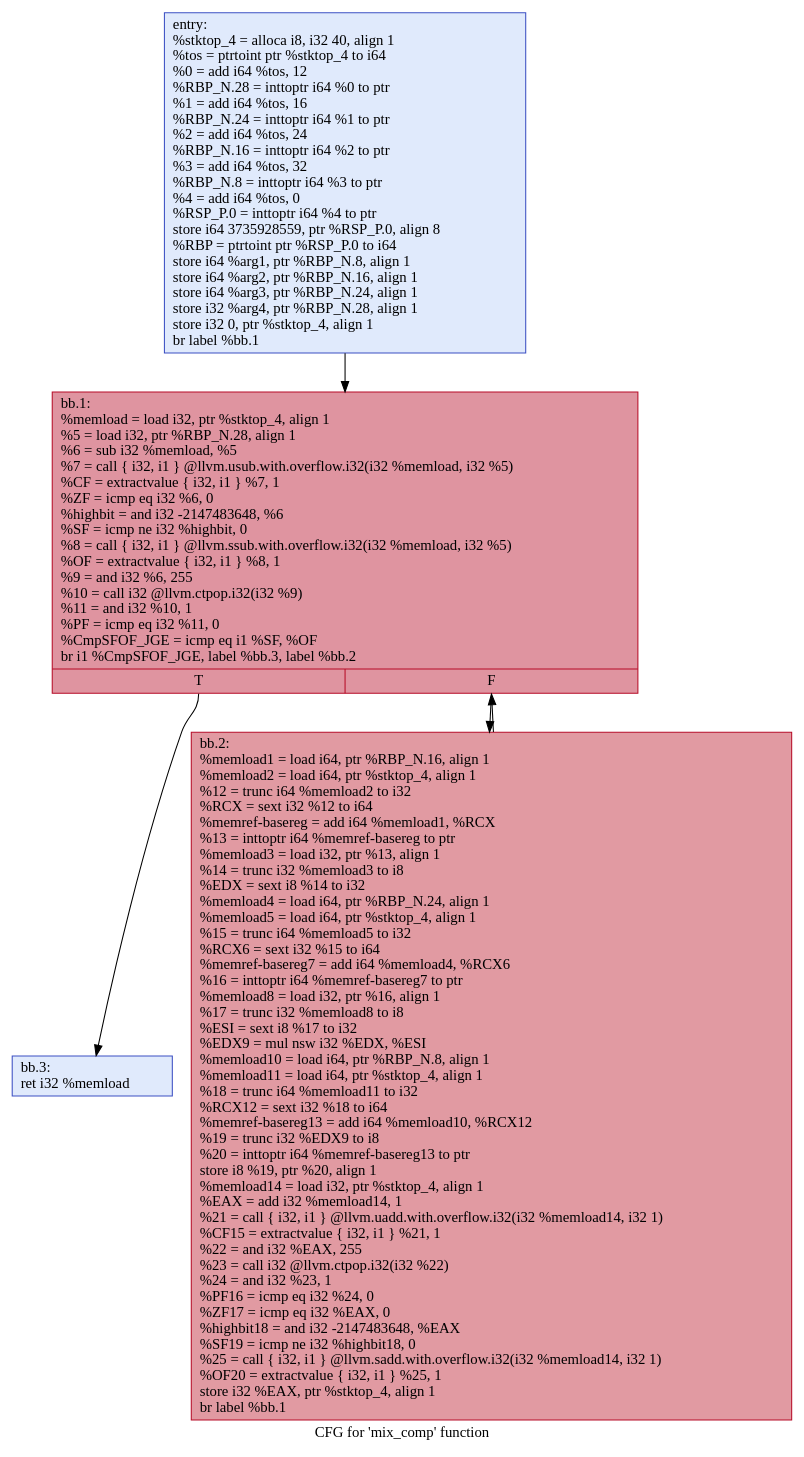
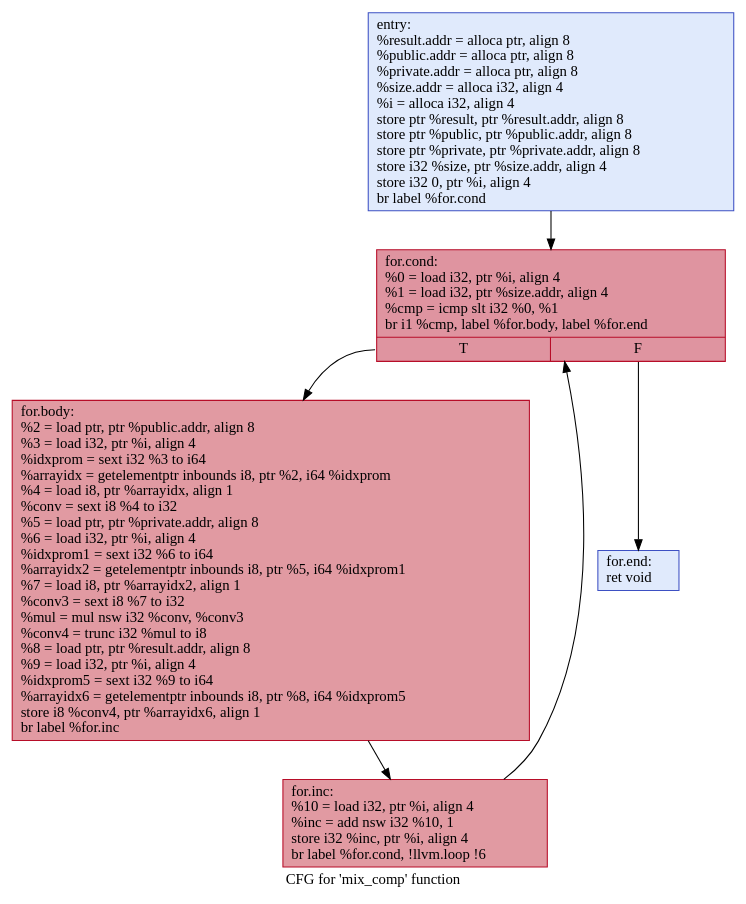
Before and after one commit to aayush54/583_cipherfast: the diagram in dot/tmp/.mix_comp.dot, drawn with Graphviz. The commit also changed 22 other files, not shown here.

Commit message:
Added all cfg graphs

```diff
--- a/dot/tmp/.mix_comp.dot
+++ b/dot/tmp/.mix_comp.dot
@@ -1,12 +1,14 @@
 digraph "CFG for 'mix_comp' function" {
 	label="CFG for 'mix_comp' function";
 
-	Node0x5565e7ba4450 [shape=record,color="#3d50c3ff", style=filled, fillcolor="#b9d0f970",label="{entry:\l  %stktop_4 = alloca i8, i32 40, align 1\l  %tos = ptrtoint ptr %stktop_4 to i64\l  %0 = add i64 %tos, 12\l  %RBP_N.28 = inttoptr i64 %0 to ptr\l  %1 = add i64 %tos, 16\l  %RBP_N.24 = inttoptr i64 %1 to ptr\l  %2 = add i64 %tos, 24\l  %RBP_N.16 = inttoptr i64 %2 to ptr\l  %3 = add i64 %tos, 32\l  %RBP_N.8 = inttoptr i64 %3 to ptr\l  %4 = add i64 %tos, 0\l  %RSP_P.0 = inttoptr i64 %4 to ptr\l  store i64 3735928559, ptr %RSP_P.0, align 8\l  %RBP = ptrtoint ptr %RSP_P.0 to i64\l  store i64 %arg1, ptr %RBP_N.8, align 1\l  store i64 %arg2, ptr %RBP_N.16, align 1\l  store i64 %arg3, ptr %RBP_N.24, align 1\l  store i32 %arg4, ptr %RBP_N.28, align 1\l  store i32 0, ptr %stktop_4, align 1\l  br label %bb.1\l}"];
-	Node0x5565e7ba4450 -> Node0x5565e7ba5230;
-	Node0x5565e7ba5230 [shape=record,color="#b70d28ff", style=filled, fillcolor="#b70d2870",label="{bb.1:                                             \l  %memload = load i32, ptr %stktop_4, align 1\l  %5 = load i32, ptr %RBP_N.28, align 1\l  %6 = sub i32 %memload, %5\l  %7 = call \{ i32, i1 \} @llvm.usub.with.overflow.i32(i32 %memload, i32 %5)\l  %CF = extractvalue \{ i32, i1 \} %7, 1\l  %ZF = icmp eq i32 %6, 0\l  %highbit = and i32 -2147483648, %6\l  %SF = icmp ne i32 %highbit, 0\l  %8 = call \{ i32, i1 \} @llvm.ssub.with.overflow.i32(i32 %memload, i32 %5)\l  %OF = extractvalue \{ i32, i1 \} %8, 1\l  %9 = and i32 %6, 255\l  %10 = call i32 @llvm.ctpop.i32(i32 %9)\l  %11 = and i32 %10, 1\l  %PF = icmp eq i32 %11, 0\l  %CmpSFOF_JGE = icmp eq i1 %SF, %OF\l  br i1 %CmpSFOF_JGE, label %bb.3, label %bb.2\l|{<s0>T|<s1>F}}"];
-	Node0x5565e7ba5230:s0 -> Node0x5565e7ba5df0;
-	Node0x5565e7ba5230:s1 -> Node0x5565e7ba5e60;
-	Node0x5565e7ba5e60 [shape=record,color="#b70d28ff", style=filled, fillcolor="#bb1b2c70",label="{bb.2:                                             \l  %memload1 = load i64, ptr %RBP_N.16, align 1\l  %memload2 = load i64, ptr %stktop_4, align 1\l  %12 = trunc i64 %memload2 to i32\l  %RCX = sext i32 %12 to i64\l  %memref-basereg = add i64 %memload1, %RCX\l  %13 = inttoptr i64 %memref-basereg to ptr\l  %memload3 = load i32, ptr %13, align 1\l  %14 = trunc i32 %memload3 to i8\l  %EDX = sext i8 %14 to i32\l  %memload4 = load i64, ptr %RBP_N.24, align 1\l  %memload5 = load i64, ptr %stktop_4, align 1\l  %15 = trunc i64 %memload5 to i32\l  %RCX6 = sext i32 %15 to i64\l  %memref-basereg7 = add i64 %memload4, %RCX6\l  %16 = inttoptr i64 %memref-basereg7 to ptr\l  %memload8 = load i32, ptr %16, align 1\l  %17 = trunc i32 %memload8 to i8\l  %ESI = sext i8 %17 to i32\l  %EDX9 = mul nsw i32 %EDX, %ESI\l  %memload10 = load i64, ptr %RBP_N.8, align 1\l  %memload11 = load i64, ptr %stktop_4, align 1\l  %18 = trunc i64 %memload11 to i32\l  %RCX12 = sext i32 %18 to i64\l  %memref-basereg13 = add i64 %memload10, %RCX12\l  %19 = trunc i32 %EDX9 to i8\l  %20 = inttoptr i64 %memref-basereg13 to ptr\l  store i8 %19, ptr %20, align 1\l  %memload14 = load i32, ptr %stktop_4, align 1\l  %EAX = add i32 %memload14, 1\l  %21 = call \{ i32, i1 \} @llvm.uadd.with.overflow.i32(i32 %memload14, i32 1)\l  %CF15 = extractvalue \{ i32, i1 \} %21, 1\l  %22 = and i32 %EAX, 255\l  %23 = call i32 @llvm.ctpop.i32(i32 %22)\l  %24 = and i32 %23, 1\l  %PF16 = icmp eq i32 %24, 0\l  %ZF17 = icmp eq i32 %EAX, 0\l  %highbit18 = and i32 -2147483648, %EAX\l  %SF19 = icmp ne i32 %highbit18, 0\l  %25 = call \{ i32, i1 \} @llvm.sadd.with.overflow.i32(i32 %memload14, i32 1)\l  %OF20 = extractvalue \{ i32, i1 \} %25, 1\l  store i32 %EAX, ptr %stktop_4, align 1\l  br label %bb.1\l}"];
-	Node0x5565e7ba5e60 -> Node0x5565e7ba5230;
-	Node0x5565e7ba5df0 [shape=record,color="#3d50c3ff", style=filled, fillcolor="#b9d0f970",label="{bb.3:                                             \l  ret i32 %memload\l}"];
+	Node0x558a8c408a70 [shape=record,color="#3d50c3ff", style=filled, fillcolor="#b9d0f970",label="{entry:\l  %result.addr = alloca ptr, align 8\l  %public.addr = alloca ptr, align 8\l  %private.addr = alloca ptr, align 8\l  %size.addr = alloca i32, align 4\l  %i = alloca i32, align 4\l  store ptr %result, ptr %result.addr, align 8\l  store ptr %public, ptr %public.addr, align 8\l  store ptr %private, ptr %private.addr, align 8\l  store i32 %size, ptr %size.addr, align 4\l  store i32 0, ptr %i, align 4\l  br label %for.cond\l}"];
+	Node0x558a8c408a70 -> Node0x558a8c409070;
+	Node0x558a8c409070 [shape=record,color="#b70d28ff", style=filled, fillcolor="#b70d2870",label="{for.cond:                                         \l  %0 = load i32, ptr %i, align 4\l  %1 = load i32, ptr %size.addr, align 4\l  %cmp = icmp slt i32 %0, %1\l  br i1 %cmp, label %for.body, label %for.end\l|{<s0>T|<s1>F}}"];
+	Node0x558a8c409070:s0 -> Node0x558a8c409310;
+	Node0x558a8c409070:s1 -> Node0x558a8c404d60;
+	Node0x558a8c409310 [shape=record,color="#b70d28ff", style=filled, fillcolor="#bb1b2c70",label="{for.body:                                         \l  %2 = load ptr, ptr %public.addr, align 8\l  %3 = load i32, ptr %i, align 4\l  %idxprom = sext i32 %3 to i64\l  %arrayidx = getelementptr inbounds i8, ptr %2, i64 %idxprom\l  %4 = load i8, ptr %arrayidx, align 1\l  %conv = sext i8 %4 to i32\l  %5 = load ptr, ptr %private.addr, align 8\l  %6 = load i32, ptr %i, align 4\l  %idxprom1 = sext i32 %6 to i64\l  %arrayidx2 = getelementptr inbounds i8, ptr %5, i64 %idxprom1\l  %7 = load i8, ptr %arrayidx2, align 1\l  %conv3 = sext i8 %7 to i32\l  %mul = mul nsw i32 %conv, %conv3\l  %conv4 = trunc i32 %mul to i8\l  %8 = load ptr, ptr %result.addr, align 8\l  %9 = load i32, ptr %i, align 4\l  %idxprom5 = sext i32 %9 to i64\l  %arrayidx6 = getelementptr inbounds i8, ptr %8, i64 %idxprom5\l  store i8 %conv4, ptr %arrayidx6, align 1\l  br label %for.inc\l}"];
+	Node0x558a8c409310 -> Node0x558a8c405140;
+	Node0x558a8c405140 [shape=record,color="#b70d28ff", style=filled, fillcolor="#bb1b2c70",label="{for.inc:                                          \l  %10 = load i32, ptr %i, align 4\l  %inc = add nsw i32 %10, 1\l  store i32 %inc, ptr %i, align 4\l  br label %for.cond, !llvm.loop !6\l}"];
+	Node0x558a8c405140 -> Node0x558a8c409070;
+	Node0x558a8c404d60 [shape=record,color="#3d50c3ff", style=filled, fillcolor="#b9d0f970",label="{for.end:                                          \l  ret void\l}"];
 }
```
